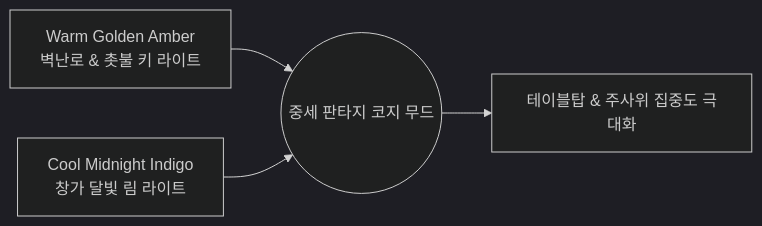
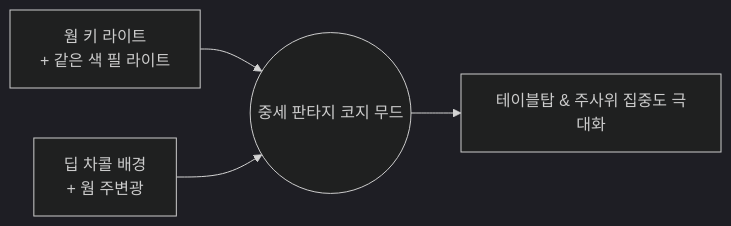
The diagram in docs/reference/art_style_guide.md (dpcks9677/Tessera), drawn with Mermaid (dark theme) before and after one commit. The commit also changed other lines of this file and 52 other files, not shown here.

````diff
--- a/docs/reference/art_style_guide.md
+++ b/docs/reference/art_style_guide.md
@@ -14,6 +14,6 @@
 ```mermaid
 graph LR
-    A[Warm Golden Amber<br>벽난로 & 촛불 키 라이트] --> C((중세 판타지 코지 무드))
-    B[Cool Midnight Indigo<br>창가 달빛 림 라이트] --> C
+    A[웜 키 라이트<br>+ 같은 색 필 라이트] --> C((중세 판타지 코지 무드))
+    B[딥 차콜 배경<br>+ 웜 주변광] --> C
     C --> D[테이블탑 & 주사위 집중도 극대화]
 ```
````
